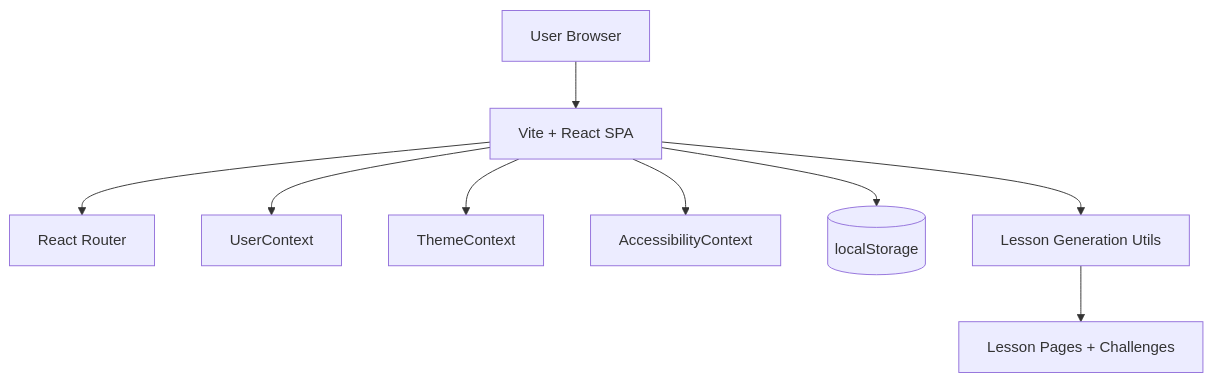
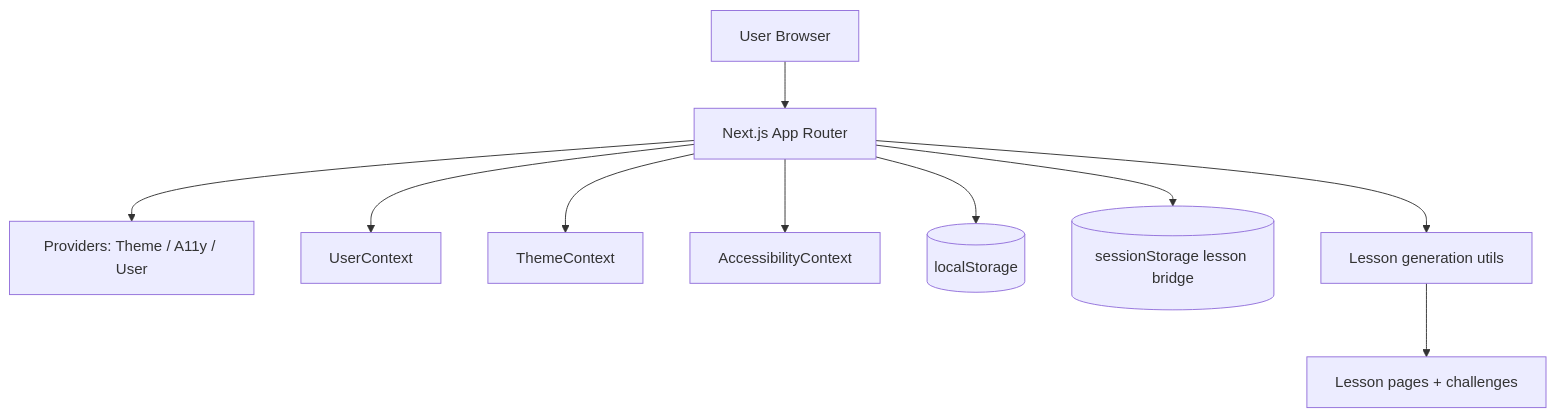
The diagram in SYSTEM_ARCHITECTURE.md (Unfavdemo/Skill-Tree), drawn with Mermaid before and after one commit. The commit also changed other lines of this file and 82 other files, not shown here.

Commit message:
refactored project structure to transition from Vite to Next.js; updated package dependencies, removed unused files, and enhanced .gitignore for better environment management

````diff
--- a/SYSTEM_ARCHITECTURE.md
+++ b/SYSTEM_ARCHITECTURE.md
@@ -13,11 +13,12 @@
 ```mermaid
 flowchart TD
-    U[User Browser] --> V[Vite + React SPA]
-    V --> R[React Router]
-    V --> C1[UserContext]
-    V --> C2[ThemeContext]
-    V --> C3[AccessibilityContext]
-    V --> LS[(localStorage)]
-    V --> G[Lesson Generation Utils]
-    G --> LP[Lesson Pages + Challenges]
+    U[User Browser] --> N[Next.js App Router]
+    N --> P[Providers: Theme / A11y / User]
+    N --> C1[UserContext]
+    N --> C2[ThemeContext]
+    N --> C3[AccessibilityContext]
+    N --> LS[(localStorage)]
+    N --> SS[(sessionStorage lesson bridge)]
+    N --> G[Lesson generation utils]
+    G --> LP[Lesson pages + challenges]
 ```
````
